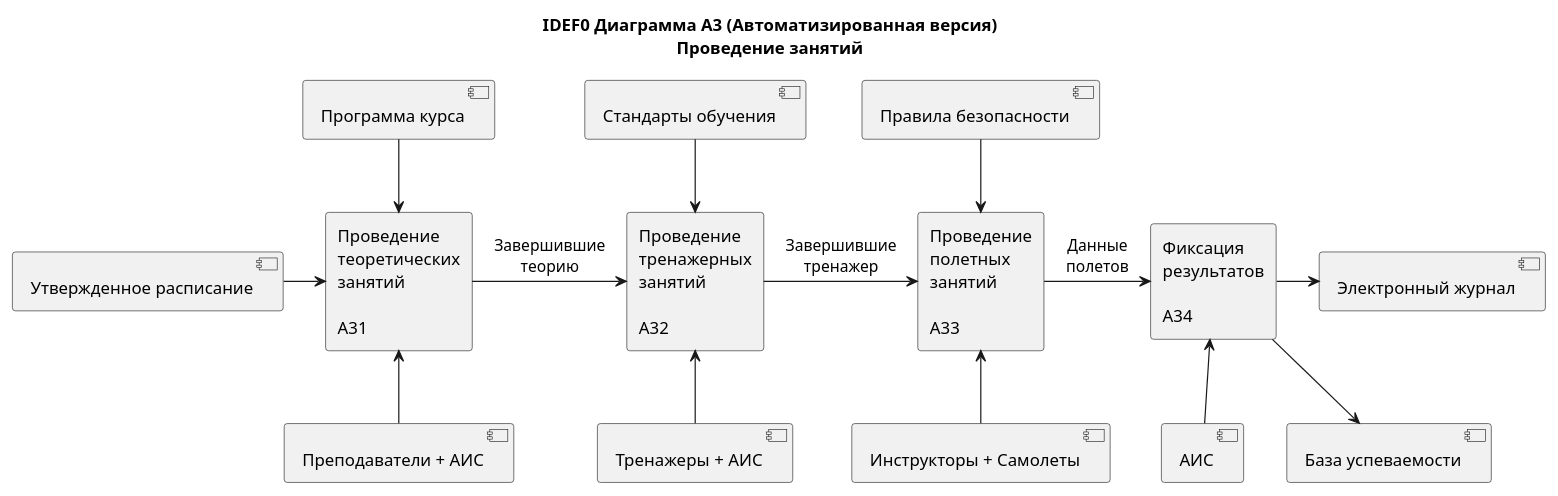
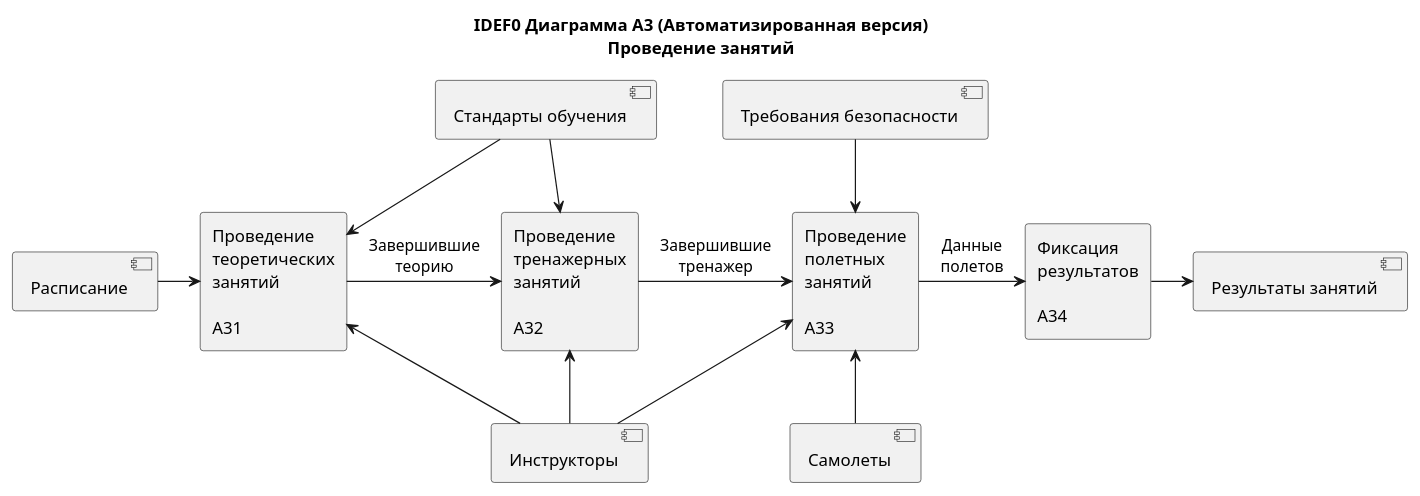
One commit to oINCLUDEo/Coursework2 changed the diagram in diagrams/idef0/automated/A3_lessons.puml. Above: the diagram before and after it, drawn with PlantUML. The commit also changed 9 other files, not shown here.

Commit message:
Fix IDEF0 consistency: all elements in child diagrams now come from parent level

```diff
--- a/diagrams/idef0/automated/A3_lessons.puml
+++ b/diagrams/idef0/automated/A3_lessons.puml
@@ -1,33 +1,32 @@
 @startuml A3 Проведение занятий (Автоматизированная)
 
 title IDEF0 Диаграмма A3 (Автоматизированная версия)\nПроведение занятий
 
 rectangle "Проведение\nтеоретических\nзанятий\n\nA31" as A31
 rectangle "Проведение\nтренажерных\nзанятий\n\nA32" as A32
 rectangle "Проведение\nполетных\nзанятий\n\nA33" as A33
 rectangle "Фиксация\nрезультатов\n\nA34" as A34
 
-' Входы - максимум 3
-[Утвержденное расписание] -right-> A31
+' Входы - внутренний поток от A2
+[Расписание] -right-> A31
 
 ' Потоки между процессами
 A31 -right-> A32 : Завершившие\nтеорию
 A32 -right-> A33 : Завершившие\nтренажер
 A33 -right-> A34 : Данные\nполетов
 
-' Управление - максимум 4
-[Программа курса] -down-> A31
+' Управление - те же что в A0 для процесса A3
+[Стандарты обучения] -down-> A31
 [Стандарты обучения] -down-> A32
-[Правила безопасности] -down-> A33
+[Требования безопасности] -down-> A33
 
-' Выходы - максимум 4
-A34 -right-> [Электронный журнал]
-A34 -down-> [База успеваемости]
+' Выходы - внутренний поток к A4
+A34 -right-> [Результаты занятий]
 
-' Механизмы - максимум 5
-[Преподаватели + АИС] -up-> A31
-[Тренажеры + АИС] -up-> A32
-[Инструкторы + Самолеты] -up-> A33
-[АИС] -up-> A34
+' Механизмы - те же что в A0 для процесса A3
+[Инструкторы] -up-> A31
+[Инструкторы] -up-> A32
+[Инструкторы] -up-> A33
+[Самолеты] -up-> A33
 
 @enduml
```
